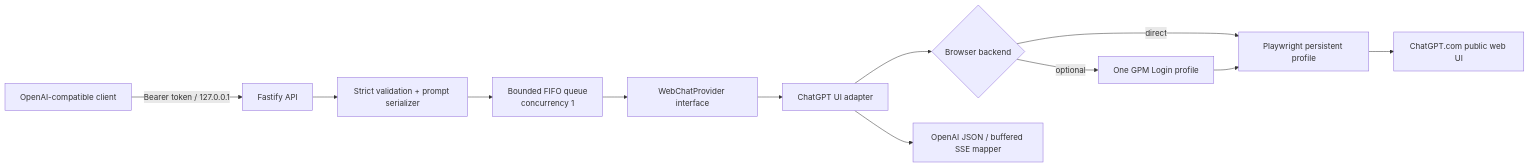
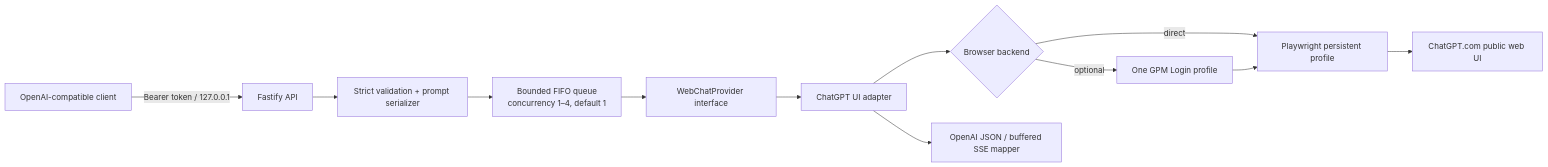
The diagram in README.md (tang-vu/tab2api), drawn with Mermaid before and after one commit. The commit also changed other lines of this file and 17 other files, not shown here.

````diff
--- a/README.md
+++ b/README.md
@@ -9,14 +9,14 @@
 ```mermaid
 flowchart LR
     C[OpenAI-compatible client] -->|Bearer token / 127.0.0.1| A[Fastify API]
     A --> V[Strict validation + prompt serializer]
-    V --> Q[Bounded FIFO queue<br/>concurrency 1]
+    V --> Q[Bounded FIFO queue<br/>concurrency 1–4, default 1]
     Q --> P[WebChatProvider interface]
     P --> G[ChatGPT UI adapter]
     G --> B{Browser backend}
     B -->|direct| U[Playwright persistent profile]
     B -->|optional| X[One GPM Login profile]
     X --> U
     U --> W[ChatGPT.com public web UI]
     G --> M[OpenAI JSON / buffered SSE mapper]
 ```
````
